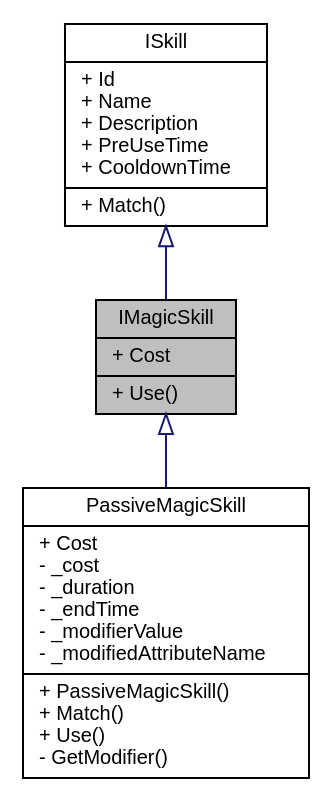
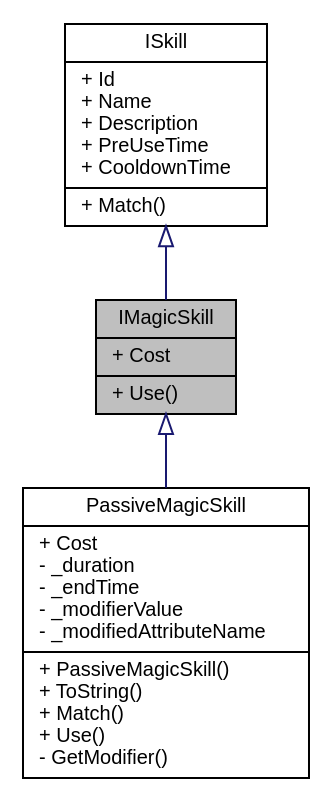
One commit to PaulSchweizer/ActionRpgKit changed the diagram in d2/da4/interface_action_rpg_kit_1_1_character_1_1_skill_1_1_i_magic_skill__inherit__graph.dot. Above: the diagram before and after it, drawn with Graphviz. The commit also changed 376 other files, not shown here.

```diff
--- a/d2/da4/interface_action_rpg_kit_1_1_character_1_1_skill_1_1_i_magic_skill__inherit__graph.dot
+++ b/d2/da4/interface_action_rpg_kit_1_1_character_1_1_skill_1_1_i_magic_skill__inherit__graph.dot
@@ -1,11 +1,11 @@
 digraph "IMagicSkill"
 {
  // INTERACTIVE_SVG=YES
   edge [fontname="Helvetica",fontsize="10",labelfontname="Helvetica",labelfontsize="10"];
   node [fontname="Helvetica",fontsize="10",shape=record];
   Node1 [label="{IMagicSkill\n|+ Cost\l|+ Use()\l}",height=0.2,width=0.4,color="black", fillcolor="grey75", style="filled" fontcolor="black"];
   Node2 -> Node1 [dir="back",color="midnightblue",fontsize="10",style="solid",arrowtail="onormal",fontname="Helvetica"];
   Node2 [label="{ISkill\n|+ Id\l+ Name\l+ Description\l+ PreUseTime\l+ CooldownTime\l|+ Match()\l}",height=0.2,width=0.4,color="black", fillcolor="white", style="filled",URL="$d5/dc7/interface_action_rpg_kit_1_1_character_1_1_skill_1_1_i_skill.xhtml",tooltip="Interface for Skills."];
   Node1 -> Node3 [dir="back",color="midnightblue",fontsize="10",style="solid",arrowtail="onormal",fontname="Helvetica"];
-  Node3 [label="{PassiveMagicSkill\n|+ Cost\l- _cost\l- _duration\l- _endTime\l- _modifierValue\l- _modifiedAttributeName\l|+ PassiveMagicSkill()\l+ Match()\l+ Use()\l- GetModifier()\l}",height=0.2,width=0.4,color="black", fillcolor="white", style="filled",URL="$dc/dac/class_action_rpg_kit_1_1_character_1_1_skill_1_1_passive_magic_skill.xhtml",tooltip="A passive MagicSkill adds buffs on the User itself."];
+  Node3 [label="{PassiveMagicSkill\n|+ Cost\l- _duration\l- _endTime\l- _modifierValue\l- _modifiedAttributeName\l|+ PassiveMagicSkill()\l+ ToString()\l+ Match()\l+ Use()\l- GetModifier()\l}",height=0.2,width=0.4,color="black", fillcolor="white", style="filled",URL="$dc/dac/class_action_rpg_kit_1_1_character_1_1_skill_1_1_passive_magic_skill.xhtml",tooltip="A passive MagicSkill adds buffs on the User itself."];
 }
```
